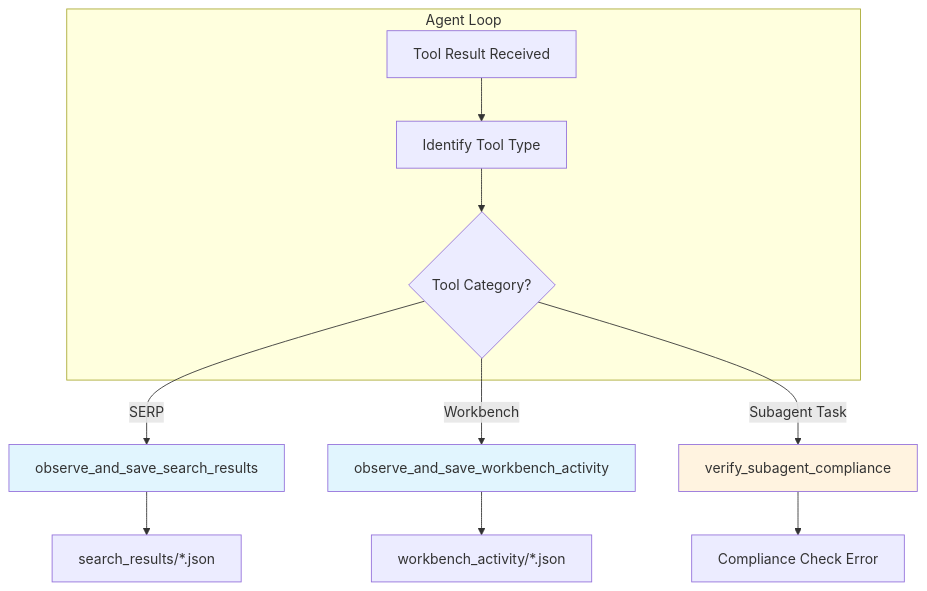
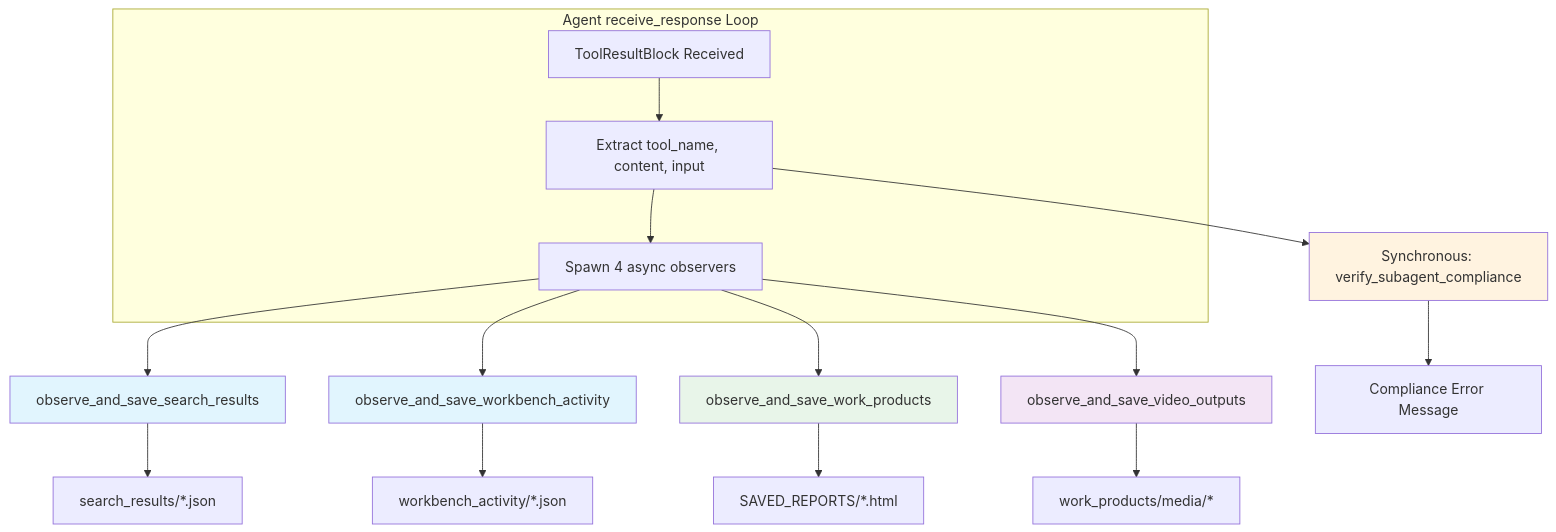
One commit to Kjdragan/universal_agent changed the diagram in Project_Documentation/Architecture/04_observer_pattern.md. Above: the diagram before and after it, drawn with Mermaid. The commit also changed other lines of this file and 7 other files, not shown here.

Commit message:
feat: Add durability system documentation, update main architecture overview with Telegram bot support, Letta memory, and new tools, and introduce long-running task design.

````diff
--- a/Project_Documentation/Architecture/04_observer_pattern.md
+++ b/Project_Documentation/Architecture/04_observer_pattern.md
@@ -44,19 +60,26 @@
 ```mermaid
 graph TB
-    subgraph "Agent Loop"
-        A[Tool Result Received] --> B[Identify Tool Type]
-        B --> C{Tool Category?}
+    subgraph "Agent receive_response Loop"
+        A[ToolResultBlock Received] --> B[Extract tool_name, content, input]
+        B --> C[Spawn 4 async observers]
     end
 
-    C -->|SERP| D[observe_and_save_search_results]
-    C -->|Workbench| E[observe_and_save_workbench_activity]
-    C -->|Subagent Task| F[verify_subagent_compliance]
+    C --> D[observe_and_save_search_results]
+    C --> E[observe_and_save_workbench_activity]
+    C --> F[observe_and_save_work_products]
+    C --> G[observe_and_save_video_outputs]
 
-    D --> G[search_results/*.json]
-    E --> H[workbench_activity/*.json]
-    F --> I[Compliance Check Error]
+    B --> H[Synchronous: verify_subagent_compliance]
+
+    D --> I[search_results/*.json]
+    E --> J[workbench_activity/*.json]
+    F --> K[SAVED_REPORTS/*.html]
+    G --> L[work_products/media/*]
+    H --> M[Compliance Error Message]
 
     style D fill:#e1f5fe
     style E fill:#e1f5fe
-    style F fill:#fff3e0
+    style F fill:#e8f5e9
+    style G fill:#f3e5f5
+    style H fill:#fff3e0
 ```
````
